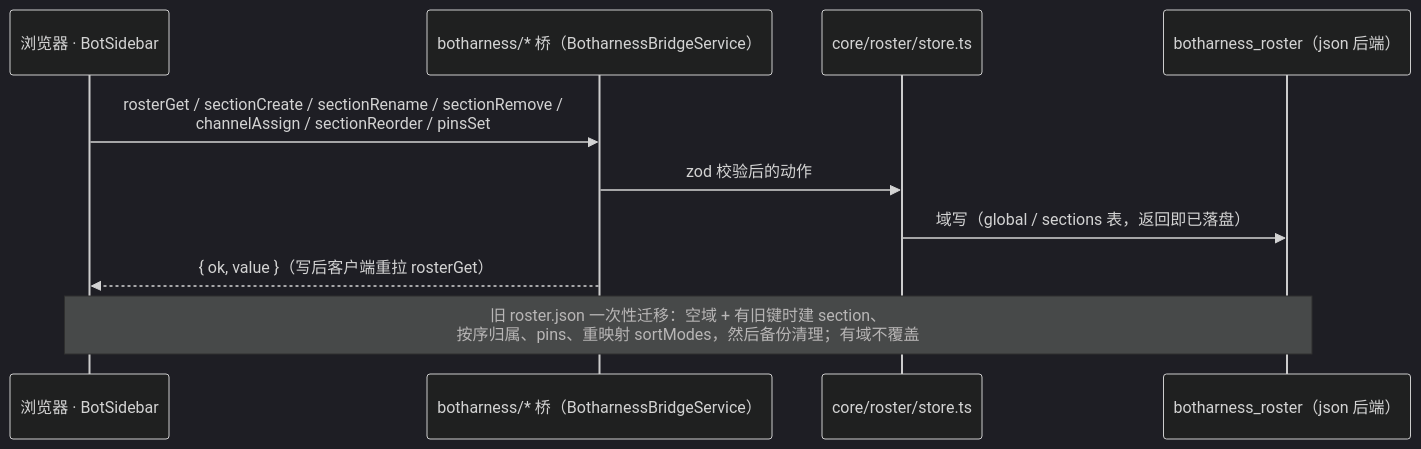
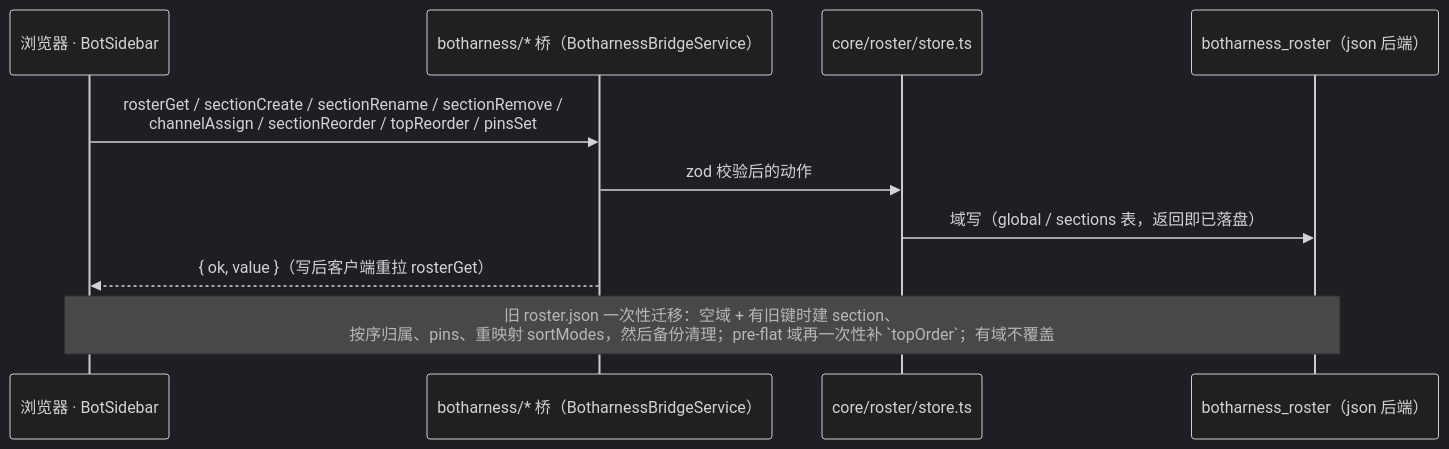
The fifth of 8 diagrams in docs/architecture/botharness-architecture.md (BotHarness/BotHarness), drawn with Mermaid (dark theme) before and after one commit. The commit also changed other lines of this file and 34 other files, not shown here.

````diff
--- a/docs/architecture/botharness-architecture.md
+++ b/docs/architecture/botharness-architecture.md
@@ -168,13 +168,13 @@
 ```mermaid
 sequenceDiagram
   participant U as 浏览器 · BotSidebar
   participant B as botharness/* 桥（BotharnessBridgeService）
   participant R as core/roster/store.ts
   participant S as botharness_roster（json 后端）
 
-  U->>B: rosterGet / sectionCreate / sectionRename / sectionRemove /<br/>channelAssign / sectionReorder / pinsSet
+  U->>B: rosterGet / sectionCreate / sectionRename / sectionRemove /<br/>channelAssign / sectionReorder / topReorder / pinsSet
   B->>R: zod 校验后的动作
   R->>S: 域写（global / sections 表，返回即已落盘）
   B-->>U: { ok, value }（写后客户端重拉 rosterGet）
-  Note over U,S: 旧 roster.json 一次性迁移：空域 + 有旧键时建 section、<br/>按序归属、pins、重映射 sortModes，然后备份清理；有域不覆盖
+  Note over U,S: 旧 roster.json 一次性迁移：空域 + 有旧键时建 section、<br/>按序归属、pins、重映射 sortModes，然后备份清理；pre-flat 域再一次性补 `topOrder`；有域不覆盖
 ```
````
